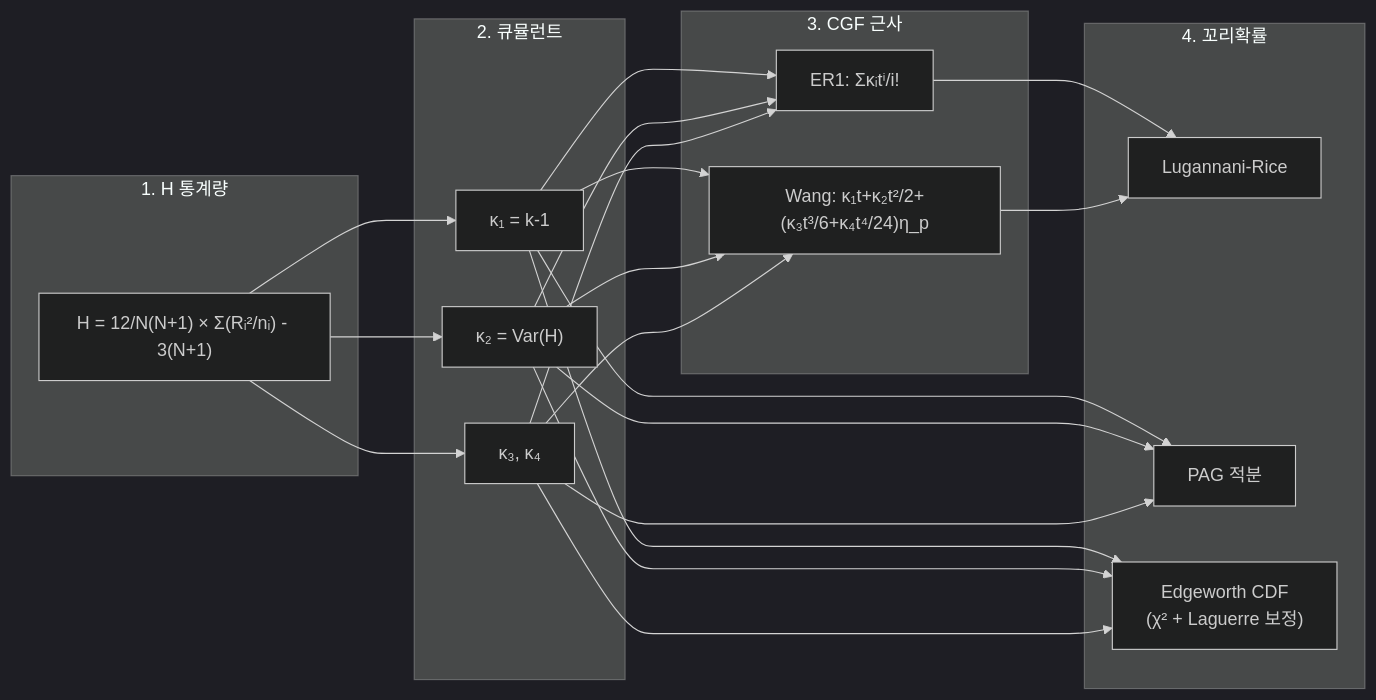
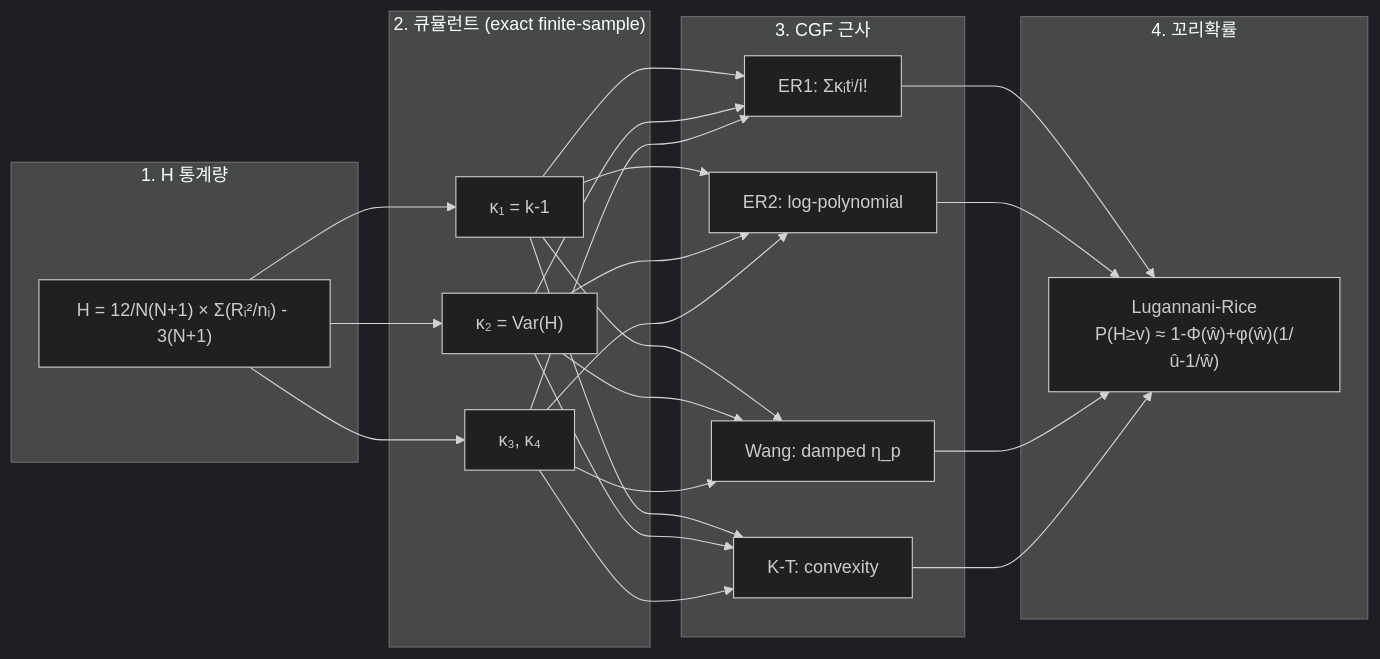
Before and after one commit to zongseung/KS-test: the second of 4 diagrams in README.md, drawn with Mermaid (dark theme). The commit also changed other lines of this file and 1 other file, not shown here.

````diff
--- a/README.md
+++ b/README.md
@@ -90,28 +95,27 @@
 ```mermaid
 flowchart LR
     subgraph Step1["1. H 통계량"]
         H1["H = 12/N(N+1) × Σ(Rᵢ²/nᵢ) - 3(N+1)"]
     end
 
-    subgraph Step2["2. 큐뮬런트"]
+    subgraph Step2["2. 큐뮬런트 (exact finite-sample)"]
         K1["κ₁ = k-1"]
         K2["κ₂ = Var(H)"]
         K3["κ₃, κ₄"]
     end
 
     subgraph Step3["3. CGF 근사"]
         CGF1["ER1: Σκᵢtⁱ/i!"]
-        CGF2["Wang: κ₁t+κ₂t²/2+(κ₃t³/6+κ₄t⁴/24)η_p"]
+        CGF2["ER2: log-polynomial"]
+        CGF3["Wang: damped η_p"]
+        CGF4["K-T: convexity"]
     end
 
     subgraph Step4["4. 꼬리확률"]
-        P1["Lugannani-Rice"]
-        P2["PAG 적분"]
-        P3["Edgeworth CDF<br/>(χ² + Laguerre 보정)"]
+        P1["Lugannani-Rice<br/>P(H≥v) ≈ 1-Φ(ŵ)+φ(ŵ)(1/û-1/ŵ)"]
     end
 
     H1 --> K1 & K2 & K3
-    K1 & K2 & K3 --> CGF1 & CGF2
-    CGF1 & CGF2 --> P1
-    K1 & K2 & K3 --> P2 & P3
+    K1 & K2 & K3 --> CGF1 & CGF2 & CGF3 & CGF4
+    CGF1 & CGF2 & CGF3 & CGF4 --> P1
 ```
````
